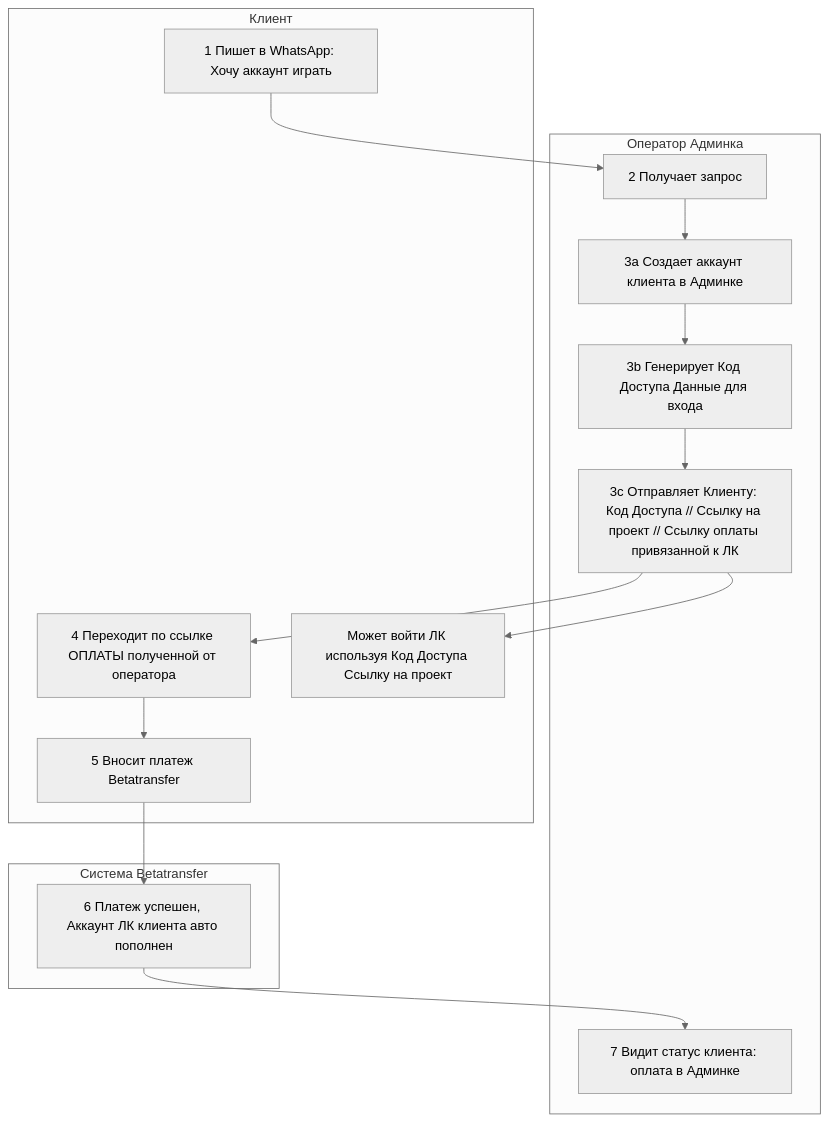
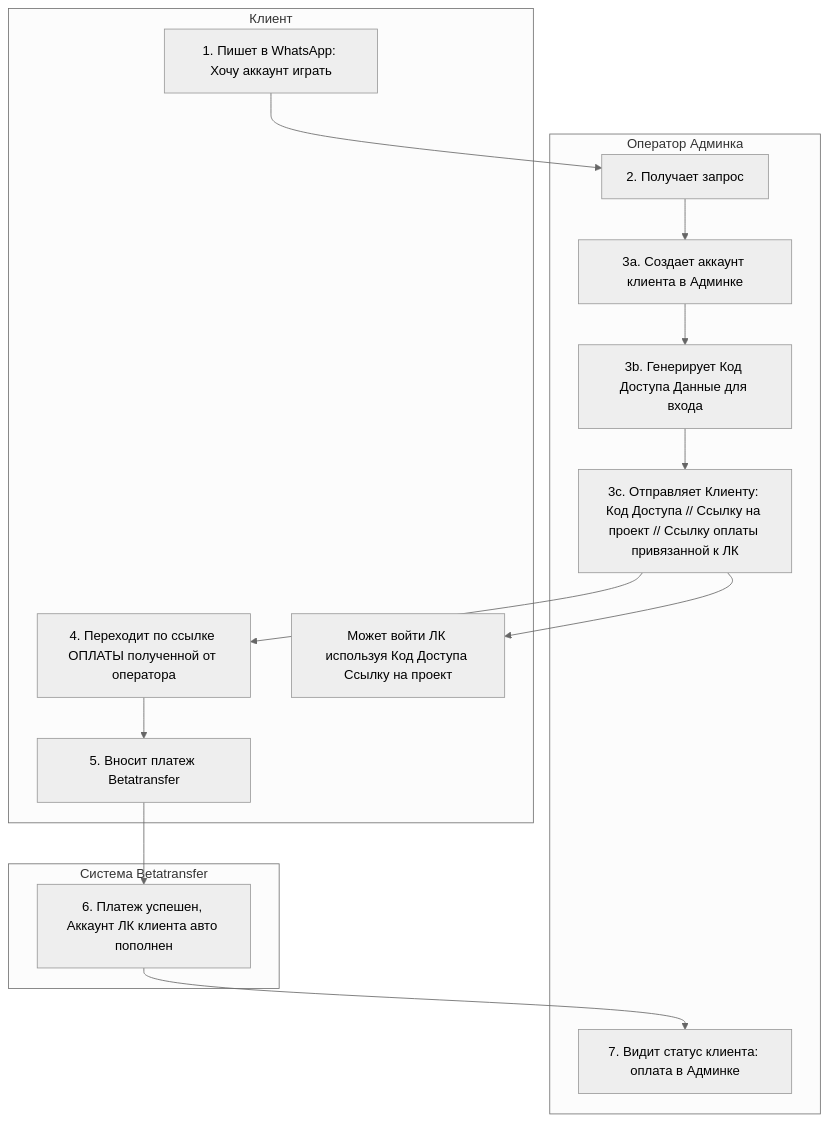
One commit to serheg/obirix.com changed the diagram in champion.md. Above: the diagram before and after it, drawn with Mermaid (neutral theme).

````diff
--- a/champion.md
+++ b/champion.md
@@ -1,33 +1,33 @@
 ```mermaid
  graph TD
     subgraph "Клиент"
         %% Узлы Клиента
-        A["1 Пишет в WhatsApp: Хочу аккаунт играть"]
-        F["4 Переходит по ссылке ОПЛАТЫ полученной от оператора"]
-        G["5 Вносит платеж Betatransfer"]
+        A["1. Пишет в WhatsApp: Хочу аккаунт играть"]
+        F["4. Переходит по ссылке ОПЛАТЫ полученной от оператора"]
+        G["5. Вносит платеж Betatransfer"]
         I["Может войти ЛК используя Код Доступа Ссылку на проект"]
     end
     subgraph "Оператор Админка"
          %% Узлы Оператора
-        B["2 Получает запрос"]
-        C["3a Создает аккаунт клиента в Админке"]
-        D["3b Генерирует Код Доступа Данные для входа"]
-        E["3c Отправляет Клиенту: Код Доступа // Ссылку на проект // Ссылку оплаты привязанной к ЛК"]
-        K["7 Видит статус клиента: оплата в Админке"]
+        B["2. Получает запрос"]
+        C["3a. Создает аккаунт клиента в Админке"]
+        D["3b. Генерирует Код Доступа Данные для входа"]
+        E["3c. Отправляет Клиенту: Код Доступа // Ссылку на проект // Ссылку оплаты привязанной к ЛК"]
+        K["7. Видит статус клиента: оплата в Админке"]
     end
     subgraph "Система Betatransfer"
          %% Узлы Системы
-         H["6 Платеж успешен, Аккаунт ЛК клиента авто пополнен"]
+         H["6. Платеж успешен, Аккаунт ЛК клиента авто пополнен"]
     end
 
     %% Связи
     A --> B;
     B --> C;
     C --> D;
     D --> E;
     E --> F;
     F --> G;
     G --> H;
     H --> K;
     E --> I;
 ```
````
